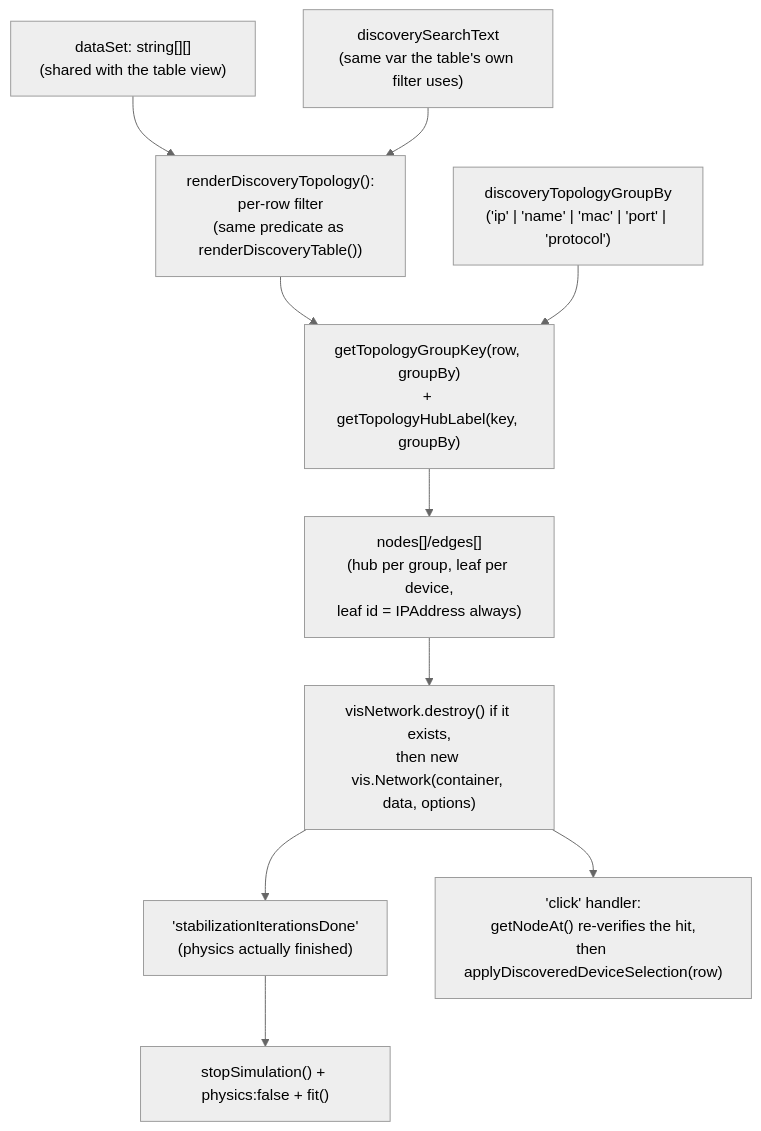
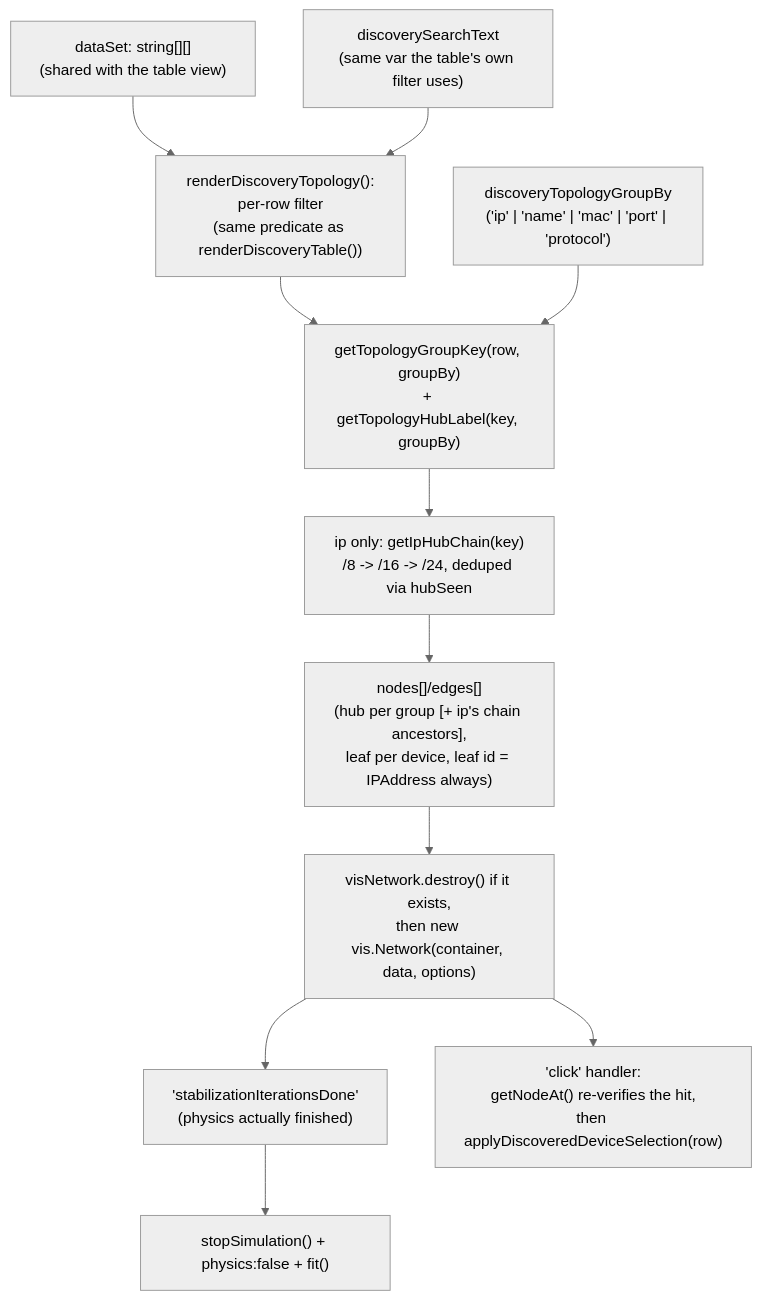
The diagram in docs/star-topology/DESIGN.md (melchi45/wisenet-camera-discovery), drawn with Mermaid (neutral theme) before and after one commit. The commit also changed other lines of this file and 17 other files, not shown here.

````diff
--- a/docs/star-topology/DESIGN.md
+++ b/docs/star-topology/DESIGN.md
@@ -44,16 +93,17 @@
 ```mermaid
 flowchart TB
   DS["dataSet: string[][]\n(shared with the table view)"]
   SEARCH["discoverySearchText\n(same var the table's own filter uses)"]
   GB["discoveryTopologyGroupBy\n('ip' | 'name' | 'mac' | 'port' | 'protocol')"]
 
   DS --> FILTER["renderDiscoveryTopology():\nper-row filter\n(same predicate as renderDiscoveryTable())"]
   SEARCH --> FILTER
   FILTER --> GROUP["getTopologyGroupKey(row, groupBy)\n+ getTopologyHubLabel(key, groupBy)"]
   GB --> GROUP
-  GROUP --> NODES["nodes[]/edges[]\n(hub per group, leaf per device,\nleaf id = IPAddress always)"]
+  GROUP --> CHAIN["ip only: getIpHubChain(key)\n/8 -> /16 -> /24, deduped via hubSeen"]
+  CHAIN --> NODES["nodes[]/edges[]\n(hub per group [+ ip's chain ancestors],\nleaf per device, leaf id = IPAddress always)"]
   NODES --> DESTROY["visNetwork.destroy() if it exists,\nthen new vis.Network(container, data, options)"]
   DESTROY --> STAB["'stabilizationIterationsDone'\n(physics actually finished)"]
   STAB --> FIT["stopSimulation() + physics:false + fit()"]
   DESTROY --> CLICK["'click' handler:\ngetNodeAt() re-verifies the hit,\nthen applyDiscoveredDeviceSelection(row)"]
 ```
````
